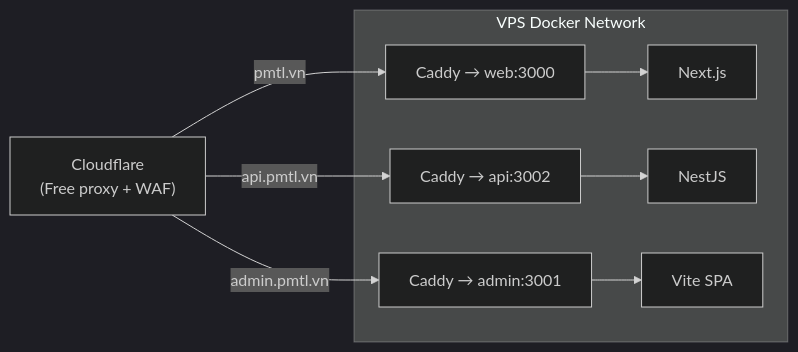
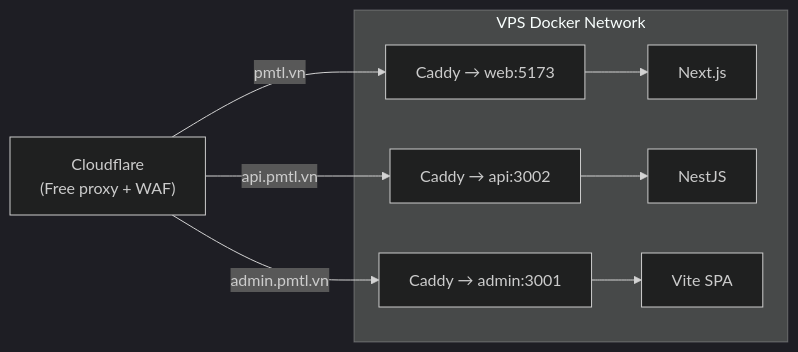
Before and after one commit to QuyenVjp/PMTL_VN: the diagram in design/02-platform-baseline/vps-runtime/CADDY_PROD_CONFIG.md, drawn with Mermaid (dark theme). The commit also changed other lines of this file and 176 other files, not shown here.

````diff
--- a/design/02-platform-baseline/vps-runtime/CADDY_PROD_CONFIG.md
+++ b/design/02-platform-baseline/vps-runtime/CADDY_PROD_CONFIG.md
@@ -94,13 +94,13 @@
 ```mermaid
 graph LR
   CF["Cloudflare\n(Free proxy + WAF)"]
-  CF -->|"pmtl.vn"| C_Web["Caddy → web:3000"]
+  CF -->|"pmtl.vn"| C_Web["Caddy → web:5173"]
   CF -->|"api.pmtl.vn"| C_API["Caddy → api:3002"]
   CF -->|"admin.pmtl.vn"| C_Admin["Caddy → admin:3001"]
 
   subgraph VPS Docker Network
     C_Web --> Web["Next.js"]
     C_API --> API["NestJS"]
     C_Admin --> Admin["Vite SPA"]
   end
 ```
````
